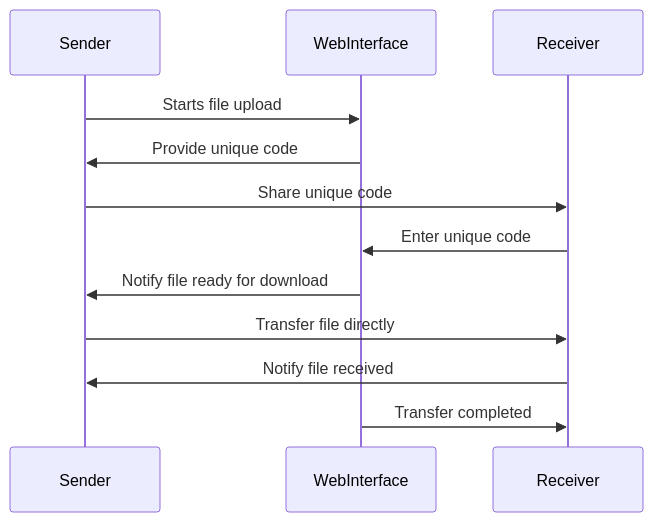
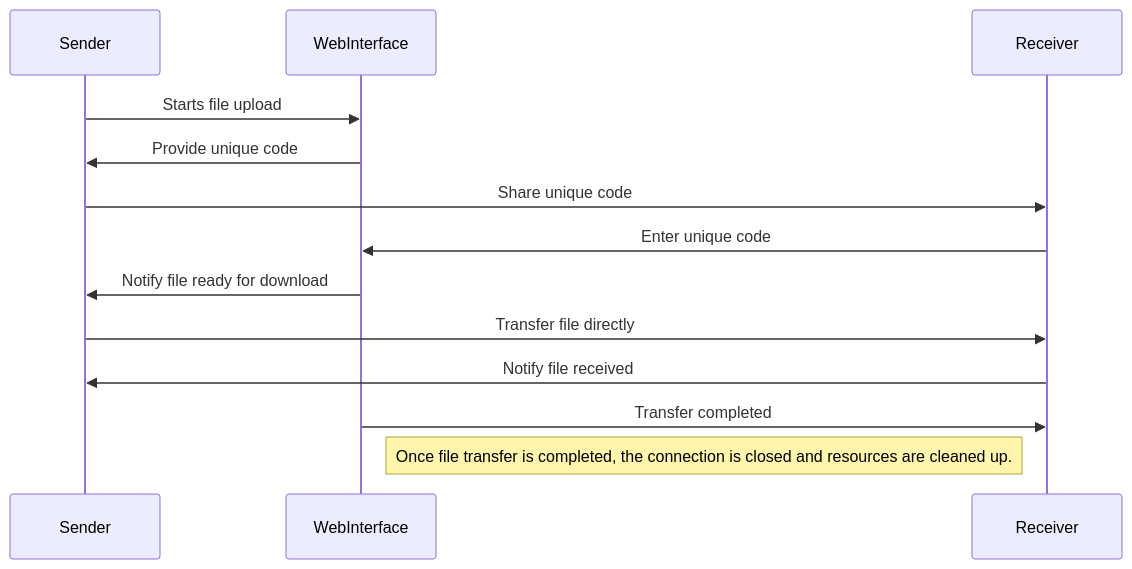
Before and after one commit to Bentlybro/SendIt: the diagram in README.md, drawn with Mermaid.

````diff
--- a/README.md
+++ b/README.md
@@ -38,15 +38,18 @@
 ```mermaid
 sequenceDiagram
     participant Sender
     participant WebInterface
     participant Receiver
 
     Sender->>WebInterface: Starts file upload
     WebInterface->>Sender: Provide unique code
     Sender->>Receiver: Share unique code
     Receiver->>WebInterface: Enter unique code
     WebInterface->>Sender: Notify file ready for download
     Sender->>Receiver: Transfer file directly
     Receiver->>Sender: Notify file received
     WebInterface->>Receiver: Transfer completed
+
+    Note right of WebInterface: Once file transfer is completed, the connection is closed and resources are cleaned up.
+
 ```
````
